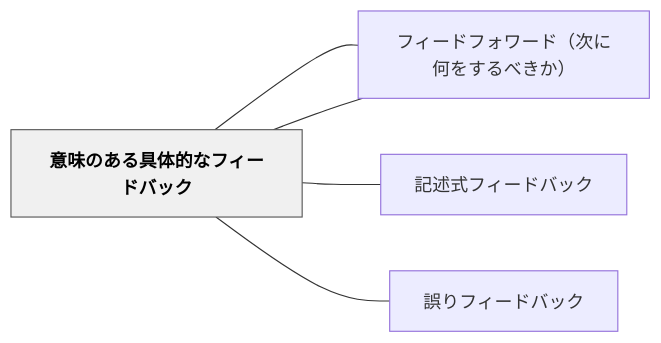
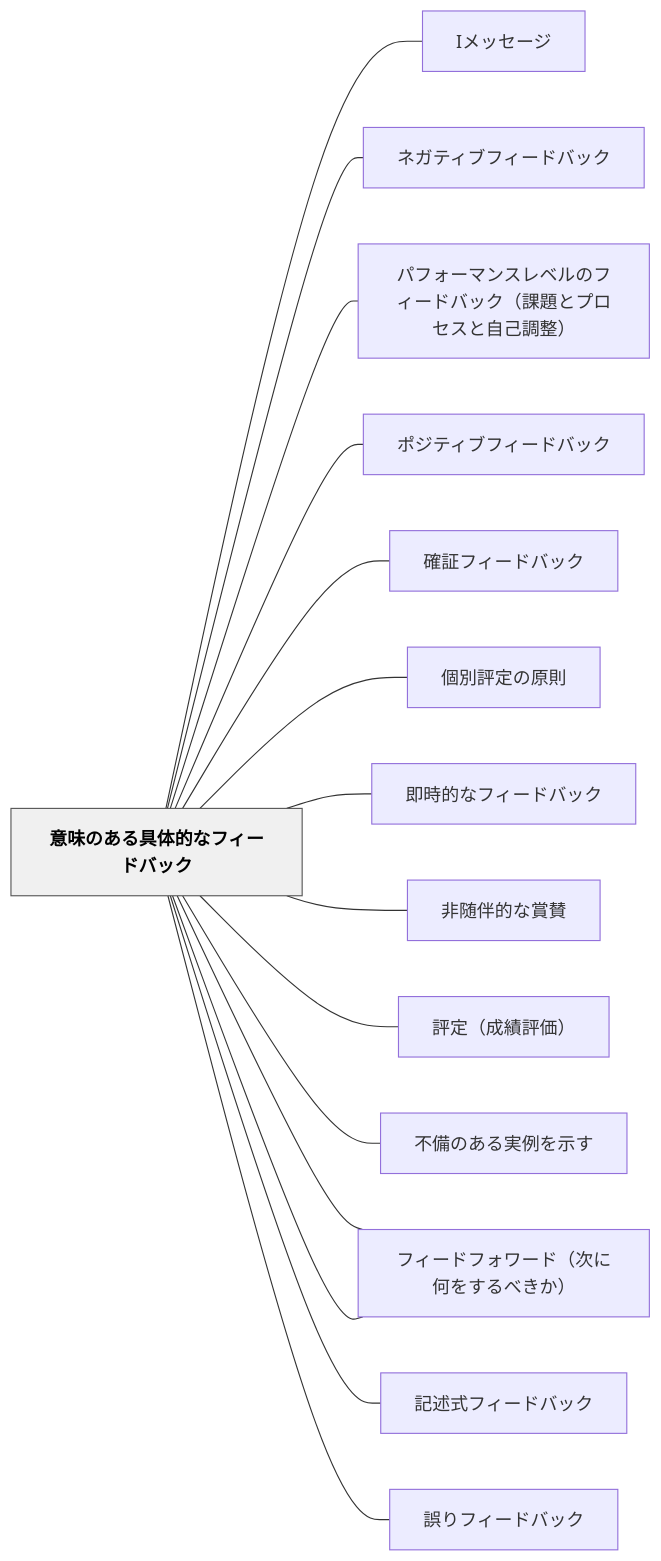
The diagram in content/パタン/意味のある具体的なフィードバック.md (unknownthings-ed-patterns/unknownthings-ed-patterns), drawn with Mermaid before and after one commit. The commit also changed other lines of this file and 473 other files, not shown here.

````diff
--- a/content/パタン/意味のある具体的なフィードバック.md
+++ b/content/パタン/意味のある具体的なフィードバック.md
@@ -52,16 +62,36 @@
 ```mermaid
 flowchart LR
     ne6848fe591b3["意味のある具体的なフィードバック"]
+    n49e383a1e383["Iメッセージ"]
+    ne3838de382ac["ネガティブフィードバック"]
+    ne38391e38395["パフォーマンスレベルのフィードバック（課題とプロセスと自己調整）"]
+    ne3839de382b8["ポジティブフィードバック"]
+    ne7a2bae8a8bc["確証フィードバック"]
+    ne5808be588a5["個別評定の原則"]
+    ne58db3e69982["即時的なフィードバック"]
+    ne99d9ee99a8f["非随伴的な賞賛"]
+    ne8a995e5ae9a["評定（成績評価）"]
+    ne4b88de58299["不備のある実例を示す"]
     ne38395e382a3["フィードバック"]
     ne8a898e8bfb0["記述式フィードバック"]
     ne38395e382a3["フィードフォワード（次に何をするべきか）"]
     ne8aaa4e3828a["誤りフィードバック"]
 
+    ne6848fe591b3 --- n49e383a1e383
+    ne6848fe591b3 --- ne3838de382ac
+    ne6848fe591b3 --- ne38391e38395
+    ne6848fe591b3 --- ne3839de382b8
+    ne6848fe591b3 --- ne7a2bae8a8bc
+    ne6848fe591b3 --- ne5808be588a5
+    ne6848fe591b3 --- ne58db3e69982
+    ne6848fe591b3 --- ne99d9ee99a8f
+    ne6848fe591b3 --- ne8a995e5ae9a
+    ne6848fe591b3 --- ne4b88de58299
     ne6848fe591b3 --- ne38395e382a3
     ne6848fe591b3 --- ne8a898e8bfb0
     ne6848fe591b3 --- ne38395e382a3
     ne6848fe591b3 --- ne8aaa4e3828a
 
     classDef hub fill:#f0f0f0,stroke:#555,color:#000,font-weight:bold
     class ne6848fe591b3 hub
 ```
````
